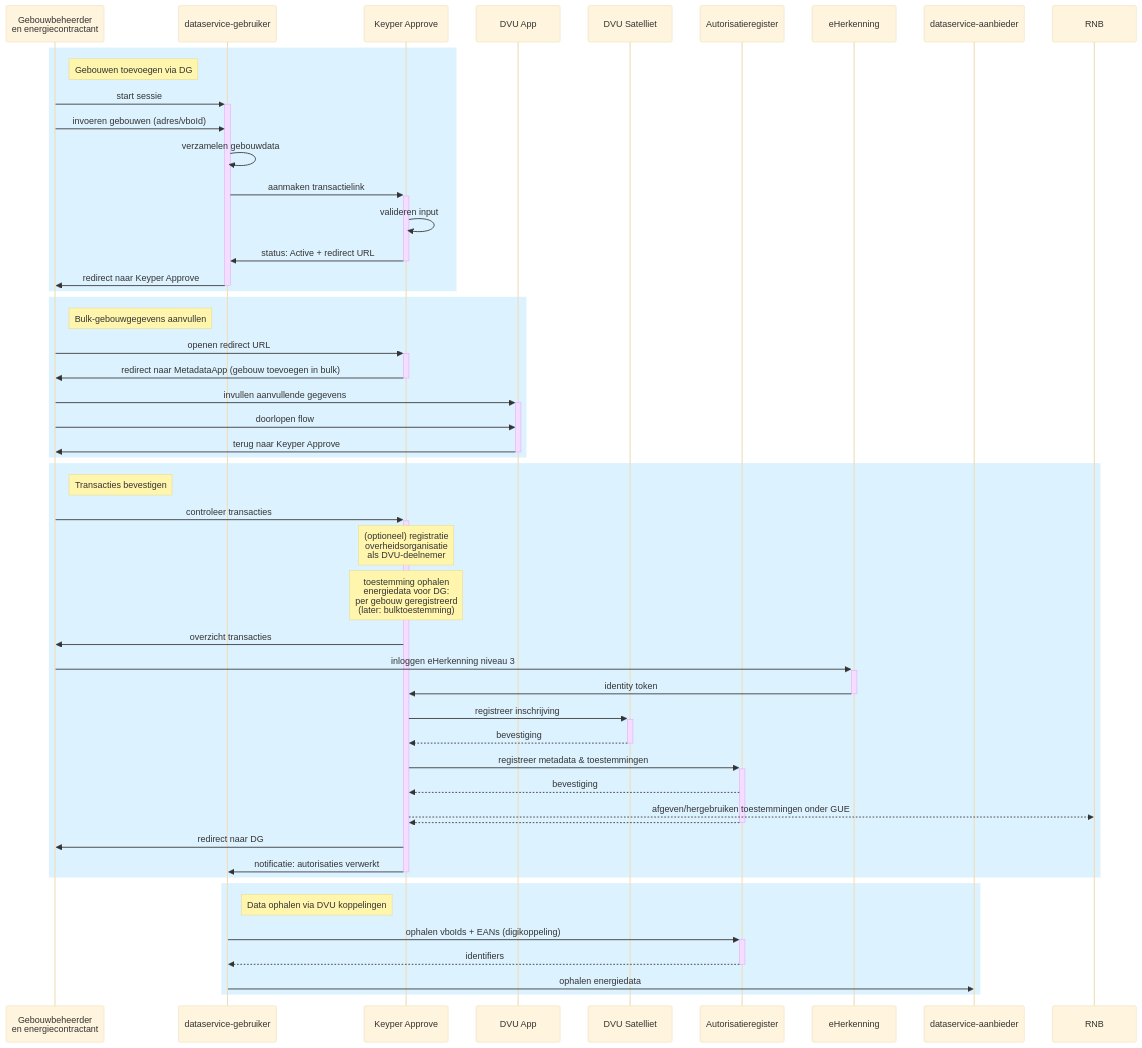
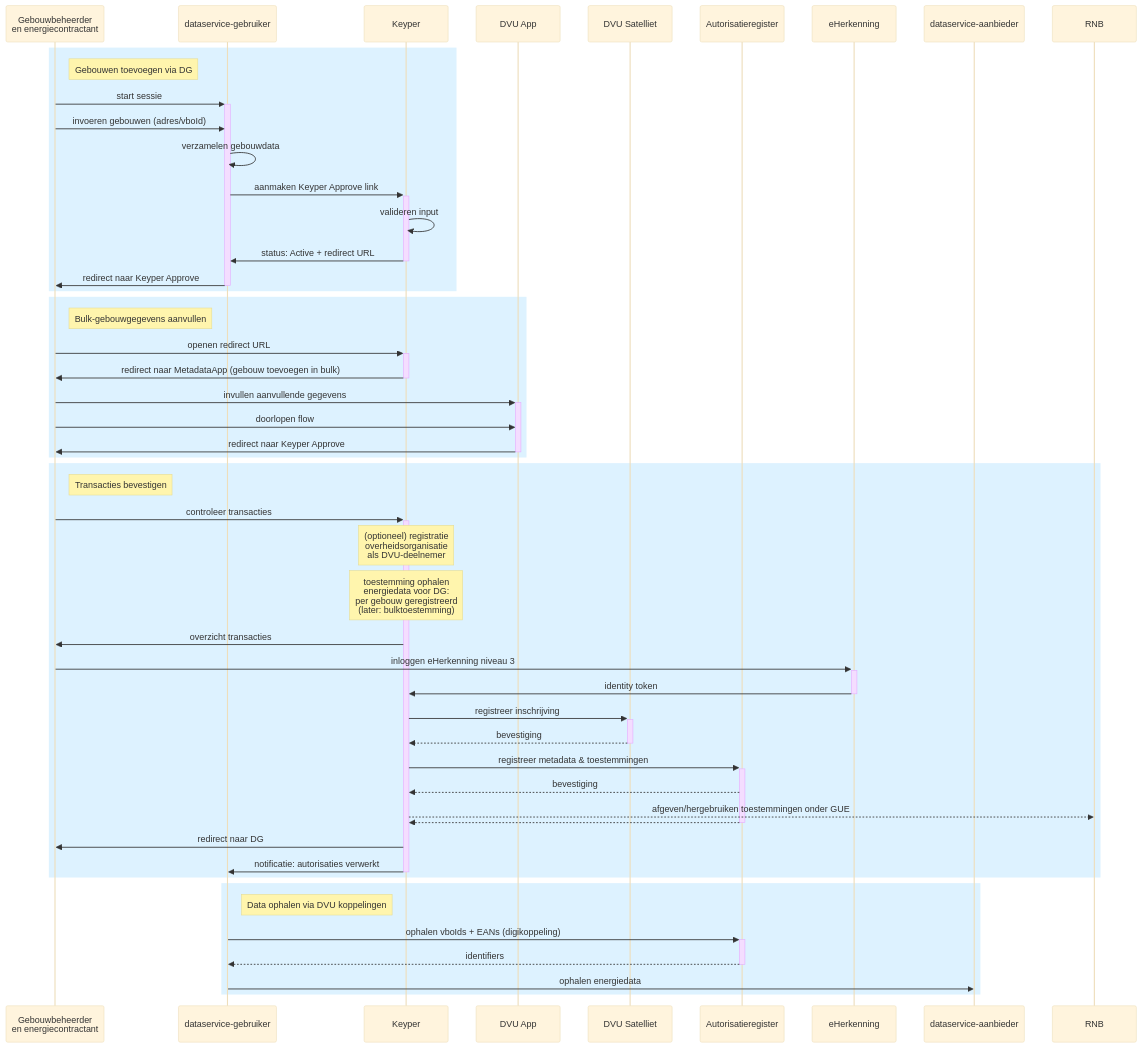
One commit to POORT8/Poort8.Docs changed the diagram in dvu/bulk-buildings.md. Above: the diagram before and after it, drawn with Mermaid (base theme). The commit also changed other lines of this file and 7 other files, not shown here.

````diff
--- a/dvu/bulk-buildings.md
+++ b/dvu/bulk-buildings.md
@@ -117,57 +121,57 @@
 ```mermaid
 sequenceDiagram
   participant GE as Gebouwbeheerder<br/>en energiecontractant
   participant DG as dataservice-gebruiker
-  participant KA as Keyper Approve
+  participant KP as Keyper
   participant MetadataApp as DVU App
   participant DVUSat as DVU Satelliet
   participant AR as Autorisatieregister
   participant Eherkenning as eHerkenning
   participant DA as dataservice-aanbieder
   participant RNB as RNB
 
   rect rgb(221, 242, 255)
     note right of GE: Gebouwen toevoegen via DG
     GE->>+DG: start sessie
     GE->>DG: invoeren gebouwen (adres/vboId)
     DG->>DG: verzamelen gebouwdata
-    DG->>+KA: aanmaken transactielink
-    KA->>KA: valideren input
-    KA->>-DG: status: Active + redirect URL
+    DG->>+KP: aanmaken Keyper Approve link
+    KP->>KP: valideren input
+    KP->>-DG: status: Active + redirect URL
     DG->>-GE: redirect naar Keyper Approve
   end
 
   rect rgb(221, 242, 255)
     note right of GE: Bulk-gebouwgegevens aanvullen
-    GE->>+KA: openen redirect URL
-    KA->>-GE: redirect naar MetadataApp (gebouw toevoegen in bulk)
+    GE->>+KP: openen redirect URL
+    KP->>-GE: redirect naar MetadataApp (gebouw toevoegen in bulk)
     GE->>+MetadataApp: invullen aanvullende gegevens
     GE->>MetadataApp: doorlopen flow
-    MetadataApp->>-GE: terug naar Keyper Approve
+    MetadataApp->>-GE: redirect naar Keyper Approve
   end
 
   rect rgb(221, 242, 255)
     note right of GE: Transacties bevestigen
-    GE->>+KA: controleer transacties
-    note over KA: (optioneel) registratie<br/>overheidsorganisatie<br/>als DVU-deelnemer
-    note over KA: toestemming ophalen<br/>energiedata voor DG:<br/>per gebouw geregistreerd<br/>(later: bulktoestemming)
-    KA->>GE: overzicht transacties
+    GE->>+KP: controleer transacties
+    note over KP: (optioneel) registratie<br/>overheidsorganisatie<br/>als DVU-deelnemer
+    note over KP: toestemming ophalen<br/>energiedata voor DG:<br/>per gebouw geregistreerd<br/>(later: bulktoestemming)
+    KP->>GE: overzicht transacties
     GE->>+Eherkenning: inloggen eHerkenning niveau 3
-    Eherkenning->>-KA: identity token
-    KA->>+DVUSat: registreer inschrijving
-    DVUSat-->>-KA: bevestiging
-    KA->>+AR: registreer metadata & toestemmingen
-    AR-->>KA: bevestiging
-    KA-->>RNB: afgeven/hergebruiken toestemmingen onder GUE
-    AR-->>-KA:
-    KA->>GE: redirect naar DG
-    KA->>-DG: notificatie: autorisaties verwerkt
+    Eherkenning->>-KP: identity token
+    KP->>+DVUSat: registreer inschrijving
+    DVUSat-->>-KP: bevestiging
+    KP->>+AR: registreer metadata & toestemmingen
+    AR-->>KP: bevestiging
+    KP-->>RNB: afgeven/hergebruiken toestemmingen onder GUE
+    AR-->>-KP:
+    KP->>GE: redirect naar DG
+    KP->>-DG: notificatie: autorisaties verwerkt
   end
 
   rect rgb(221, 242, 255)
     note right of DG: Data ophalen via DVU koppelingen
     DG->>+AR: ophalen vboIds + EANs (digikoppeling)
     AR-->>-DG: identifiers
     DG->>DA: ophalen energiedata
   end
 ```
````
